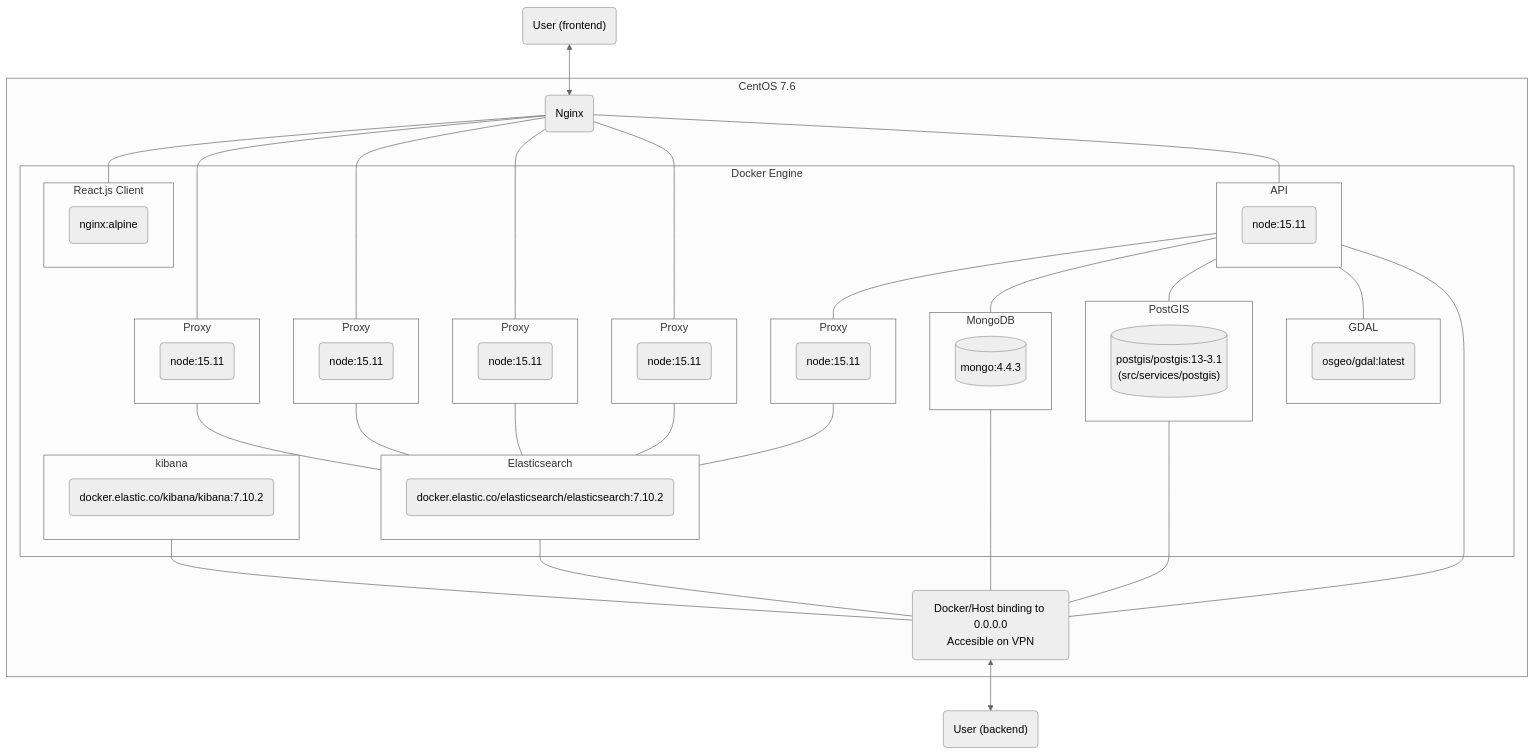
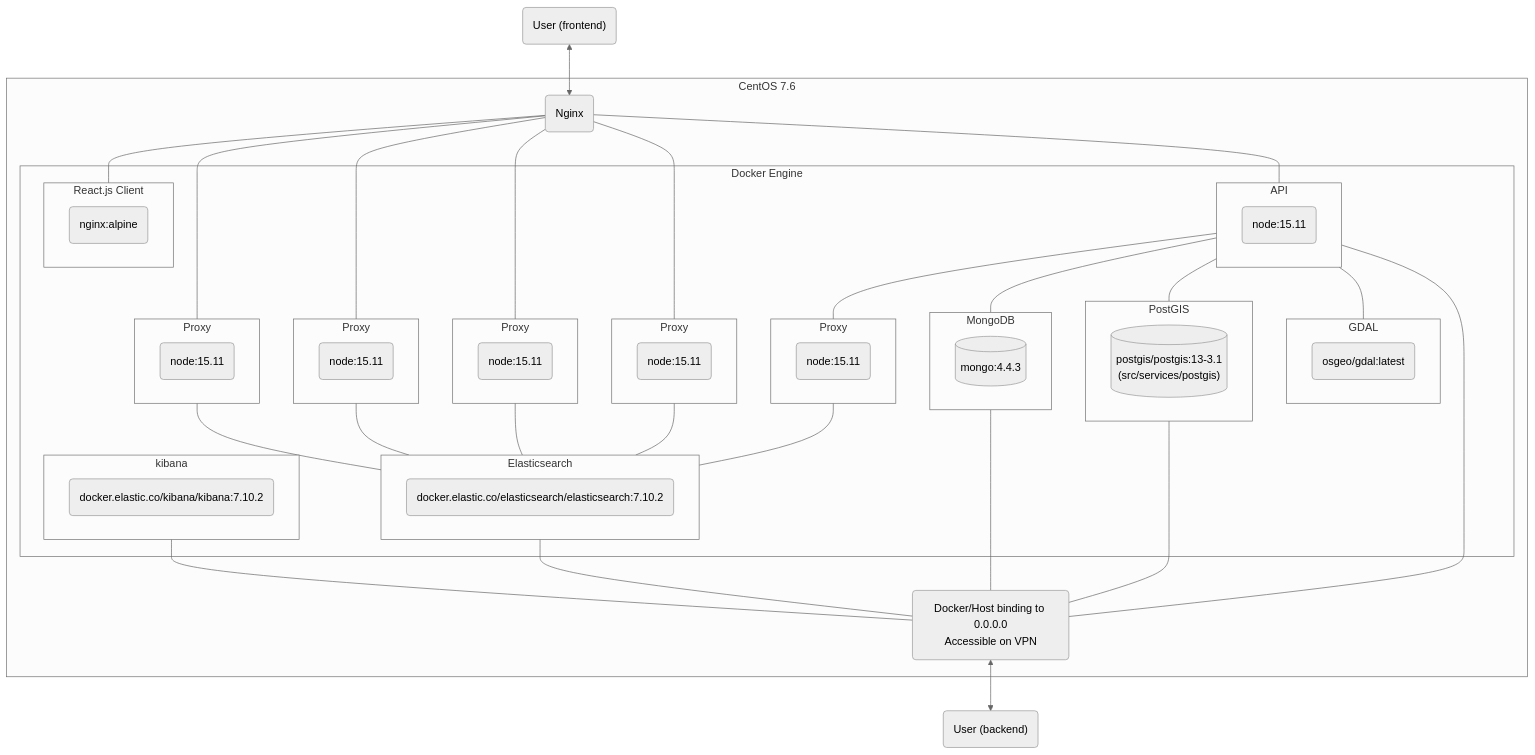
Before and after one commit to SAEON/data-portal: the diagram in diagrams/src/deployment-view.mmd, drawn with Mermaid (neutral theme).

Commit message:
corrected spelling

```diff
--- a/diagrams/src/deployment-view.mmd
+++ b/diagrams/src/deployment-view.mmd
@@ -1,78 +1,78 @@
 flowchart TD
 
     User("User (frontend)") <--> nginx
 
     %% CentOS boundary
     subgraph CentOS_boundary ["CentOS 7.6"]
 
         nginx(Nginx)
         nginx --- client_container
         nginx --- proxy_container_2
         nginx --- proxy_container_3
         nginx --- proxy_container_4
         nginx --- proxy_container_5
         proxy_container_2 --- es_container
         proxy_container_3 --- es_container
         proxy_container_4 --- es_container
         proxy_container_5 --- es_container
         nginx --- api_container
 
         %% Docker Engine boundary
         subgraph Docker_boundary ["Docker Engine"]
 
             %% Docker container boundaries
             subgraph client_container [React.js Client]
                 client("nginx:alpine")
             end
             subgraph api_container [API]
                 api("node:15.11")
             end
             subgraph proxy_container_1 [Proxy]
                 ClientProxy1("node:15.11")
             end     
             subgraph proxy_container_2 [Proxy]
                 ClientProxy2("node:15.11")
             end     
             subgraph proxy_container_3 [Proxy]
                 ClientProxy3("node:15.11")
             end    
             subgraph proxy_container_4 [Proxy]
                 ClientProxy4("node:15.11")
             end
             subgraph proxy_container_5 [Proxy]
                 ApiProxy("node:15.11")
             end
             subgraph es_container ["Elasticsearch"]
                 Elasticsearch(docker.elastic.co/elasticsearch/elasticsearch:7.10.2)
             end
             subgraph kibana_container[kibana]
                 Kibana("docker.elastic.co/kibana/kibana:7.10.2")
             end
             subgraph mongo_container [MongoDB]
                 Mongo[("mongo:4.4.3")]
             end    
             subgraph postgis_container [PostGIS]
                 PostGIS[("postgis/postgis:13-3.1<br />(src/services/postgis)")]
             end
             subgraph gdal_container [GDAL]
                 GDAL("osgeo/gdal:latest")
             end
 
             %% Topology
             api_container --- proxy_container_1
             proxy_container_1 --- es_container
             api_container --- mongo_container
             api_container --- postgis_container
             api_container --- gdal_container
 
         end
             
-        docker_interface("Docker/Host binding to 0.0.0.0<br />Accesible on VPN")
+        docker_interface("Docker/Host binding to 0.0.0.0<br />Accessible on VPN")
         api_container --- docker_interface
         mongo_container ---- docker_interface
         postgis_container ---- docker_interface
         es_container --- docker_interface
         kibana_container --- docker_interface
     end
 
     docker_interface <--> User2("User (backend)")
```
